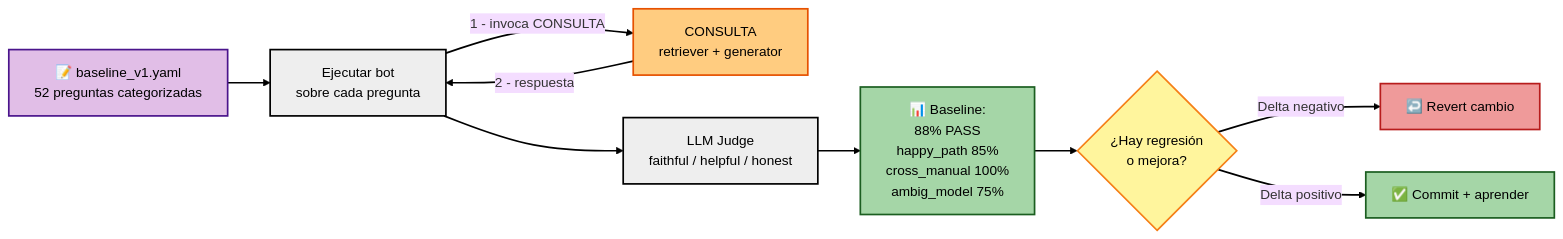
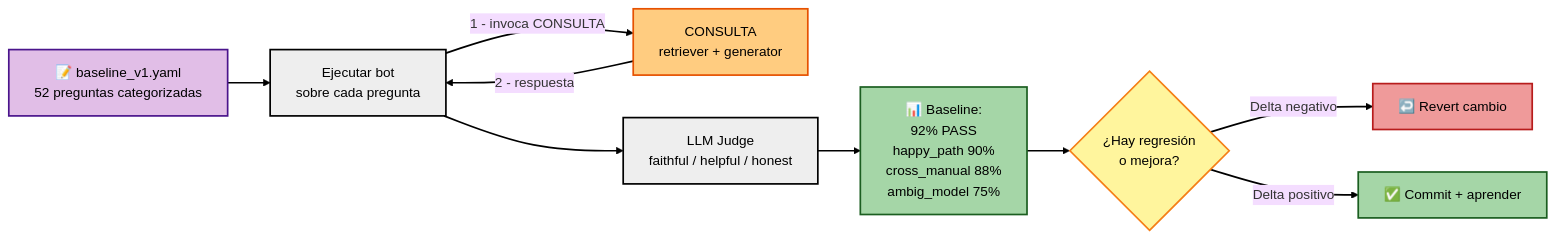
The second of 8 diagrams in docs/ARCHITECTURE.md (albertofontiber/technical_bot), drawn with Mermaid (base theme) before and after one commit. The commit also changed other lines of this file, not shown here.

Commit message:
ARCHITECTURE.md: baseline 88% → 92% (sesión 16 cierre)
Judge v3.1 + SYSTEM_PROMPT v2.3 → 48/52 = 92%. Los 4 FAILs restantes
están todos mapeados a TECH_DEBT documentados (#23, #24, #25) — no
queda deuda oculta.

````diff
--- a/docs/ARCHITECTURE.md
+++ b/docs/ARCHITECTURE.md
@@ -96,22 +96,22 @@
 ```mermaid
 flowchart LR
     YAML[📝 baseline_v1.yaml<br>52 preguntas categorizadas] --> Runner[Ejecutar bot<br>sobre cada pregunta]
     Runner ==>|1 - invoca CONSULTA| Pipeline[CONSULTA<br>retriever + generator]
     Pipeline ==>|2 - respuesta| Runner
     Runner --> Judge[LLM Judge<br>faithful / helpful / honest]
-    Judge --> Metric[📊 Baseline:<br>88% PASS<br>happy_path 85%<br>cross_manual 100%<br>ambig_model 75%]
+    Judge --> Metric[📊 Baseline:<br>92% PASS<br>happy_path 90%<br>cross_manual 88%<br>ambig_model 75%]
     Metric --> Decision{¿Hay regresión<br>o mejora?}
     Decision -->|Delta negativo| Rollback[↩️ Revert cambio]
     Decision -->|Delta positivo| Commit[✅ Commit + aprender]
 
     style YAML fill:#e1bee7,stroke:#4a148c,color:#000000,stroke-width:2px
     style Pipeline fill:#ffcc80,stroke:#e65100,color:#000000,stroke-width:2px
     style Metric fill:#a5d6a7,stroke:#1b5e20,color:#000000,stroke-width:2px
     style Runner fill:#eeeeee,stroke:#000000,color:#000000,stroke-width:2px
     style Judge fill:#eeeeee,stroke:#000000,color:#000000,stroke-width:2px
     style Decision fill:#fff59d,stroke:#f57f17,color:#000000,stroke-width:2px
     style Rollback fill:#ef9a9a,stroke:#b71c1c,color:#000000,stroke-width:2px
     style Commit fill:#a5d6a7,stroke:#1b5e20,color:#000000,stroke-width:2px
 
     linkStyle default stroke:#000000,stroke-width:2px
 ```
````
